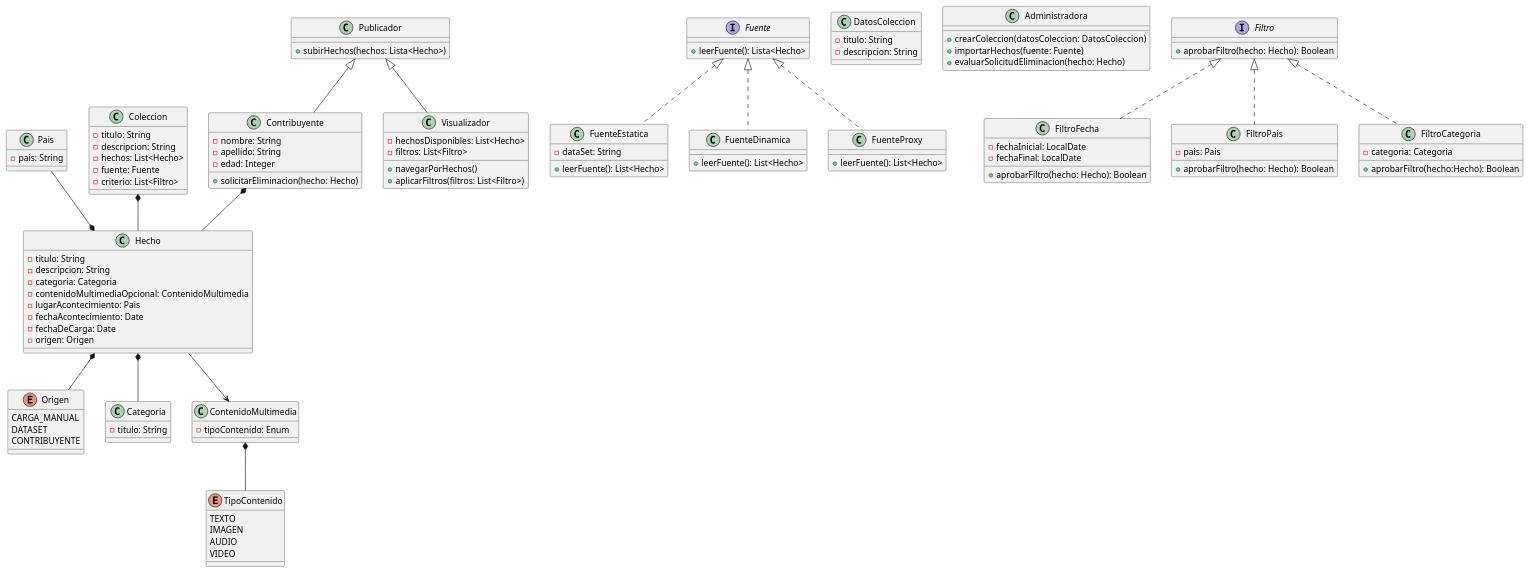
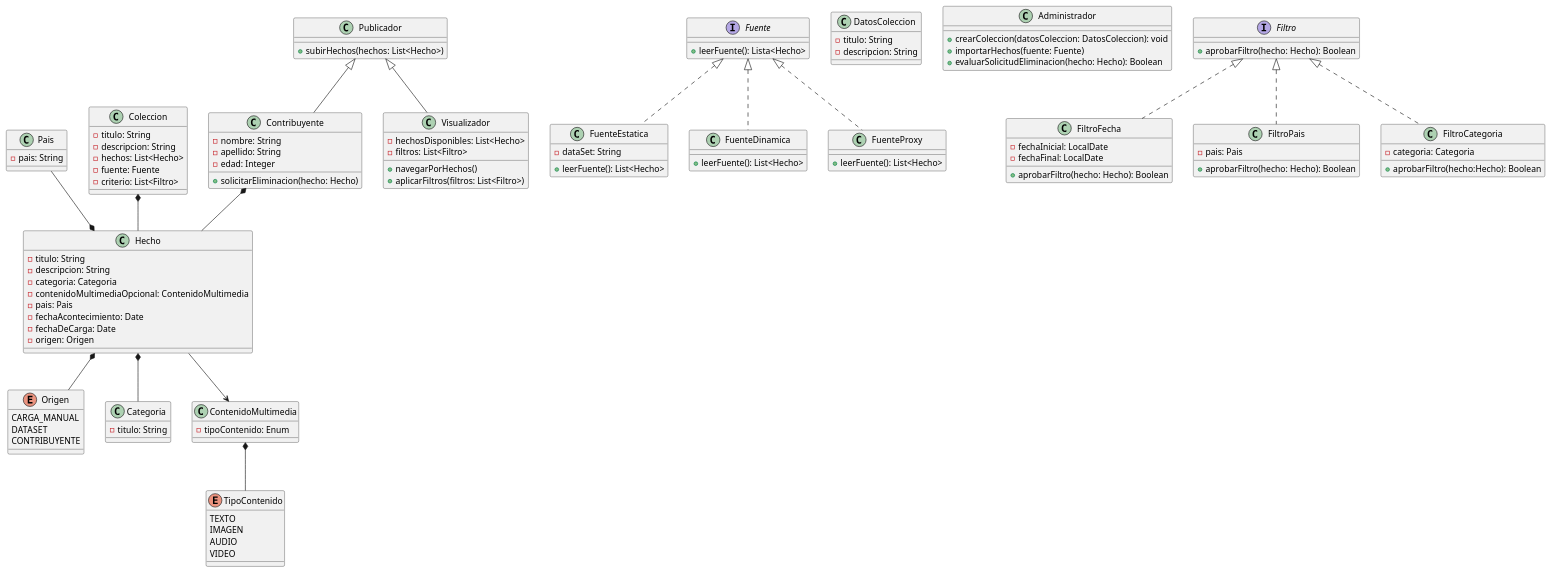
Before and after one commit to LuccaBertani/TP_DDSI: the diagram in src/DiagramaClases.puml, drawn with PlantUML. The commit also changed 19 other files, not shown here.

Commit message:
Subimos las clases y uml

```diff
--- a/src/DiagramaClases.puml
+++ b/src/DiagramaClases.puml
@@ -1,145 +1,145 @@
 @startuml
 
 'DATO DE COLOR: Los hechos son los archivos .csv
 class Hecho {
     -titulo: String
     -descripcion: String
     -categoria: Categoria
     -contenidoMultimediaOpcional: ContenidoMultimedia
-    -lugarAcontecimiento: Pais
+    -pais: Pais
     -fechaAcontecimiento: Date
     -fechaDeCarga: Date
     -origen: Origen
 }
 
 class Pais {
     -pais: String
 }
 
 enum Origen {
     CARGA_MANUAL
     DATASET
     'DATASET -> csv
     CONTRIBUYENTE
 }
 
 ' La clase Fuente es necesaria a futuro ya que después habrán fuentes dinamicas y proxys
 interface Fuente {
     +leerFuente(): Lista<Hecho>
 }
 
 class FuenteEstatica implements Fuente {
     ' dataSet sería el nombre del archivo csv
     -dataSet: String
     +leerFuente(): List<Hecho>
 }
 
 class FuenteDinamica implements Fuente {
     +leerFuente(): List<Hecho>
 }
 
 class FuenteProxy implements Fuente{
     +leerFuente(): List<Hecho>
 }
 class Coleccion {
     -titulo: String
     -descripcion: String
     -hechos: List<Hecho>
     -fuente: Fuente
     -criterio: List<Filtro>
 }
 
 ' Clase para evitar parámetros largos a futuro
 class DatosColeccion {
     -titulo: String
     -descripcion: String
 }
 
-class Administradora {
-    +crearColeccion(datosColeccion: DatosColeccion)
+class Administrador {
+    +crearColeccion(datosColeccion: DatosColeccion): void
     +importarHechos(fuente: Fuente)
-    +evaluarSolicitudEliminacion(hecho: Hecho)
+    +evaluarSolicitudEliminacion(hecho: Hecho): Boolean
     '+etiquetarHecho(hecho: Hecho) etiqueta no sería el conjunto de filtros¿
     ' Se puede etiquetar al hecho si fue cargado por contribuyente
 }
 
 ' Los publicadores pueden ser tanto el contribuyente como el visualizador
 class Publicador {
-    +subirHechos(hechos: Lista<Hecho>)
+    +subirHechos(hechos: List<Hecho>)
     ' En el caso del contribuyente, va a poder subir con sus datos personales
 }
 
 
 class Contribuyente extends Publicador{
     -nombre: String
     -apellido: String
     -edad: Integer
     +solicitarEliminacion(hecho: Hecho)
 }
 
 class Visualizador extends Publicador{
     -hechosDisponibles: List<Hecho>
     -filtros: List<Filtro>
     +navegarPorHechos()
     +aplicarFiltros(filtros: List<Filtro>)
 }
 
 Interface Filtro {
     +aprobarFiltro(hecho: Hecho): Boolean
 }
 
 class FiltroFecha implements Filtro{
     -fechaInicial: LocalDate
     -fechaFinal: LocalDate
     +aprobarFiltro(hecho: Hecho): Boolean
 }
 'Pais puede ser una clase o enum
 class FiltroPais implements Filtro{
     -pais: Pais
     +aprobarFiltro(hecho: Hecho): Boolean
 }
 'el titulo puede ser una clase o enum
 class FiltroCategoria implements Filtro{
     -categoria: Categoria
     +aprobarFiltro(hecho:Hecho): Boolean
 }
 
 class Categoria{
     -titulo: String
 }
 
 'lista de hechos: Fuegos locos
 '[titulo, fecha]
 'Fuegos locos -> titulos
 'Fuegos locos filtrada por titulos -> fecha
 'Fuegos locos filtrada por titulo y fecha
 
 enum TipoContenido {
     TEXTO
     IMAGEN
     AUDIO
     VIDEO
 }
 
 class ContenidoMultimedia {
     -tipoContenido: Enum
 
 }
 ' -tipo: tipoDeHecho
 
 ' Una coleccion está compuesta por hechos
 Coleccion *-- Hecho
 ' Un contribuyente sí o sí debe tener hechos asociados, sino no es un contribuyente
 Contribuyente *-- Hecho
 
 Pais --* Hecho
 
 Hecho --> ContenidoMultimedia
 
 ContenidoMultimedia *-- TipoContenido
 
 Hecho *-- Categoria
 
 Hecho *-- Origen
 
 @enduml
```
